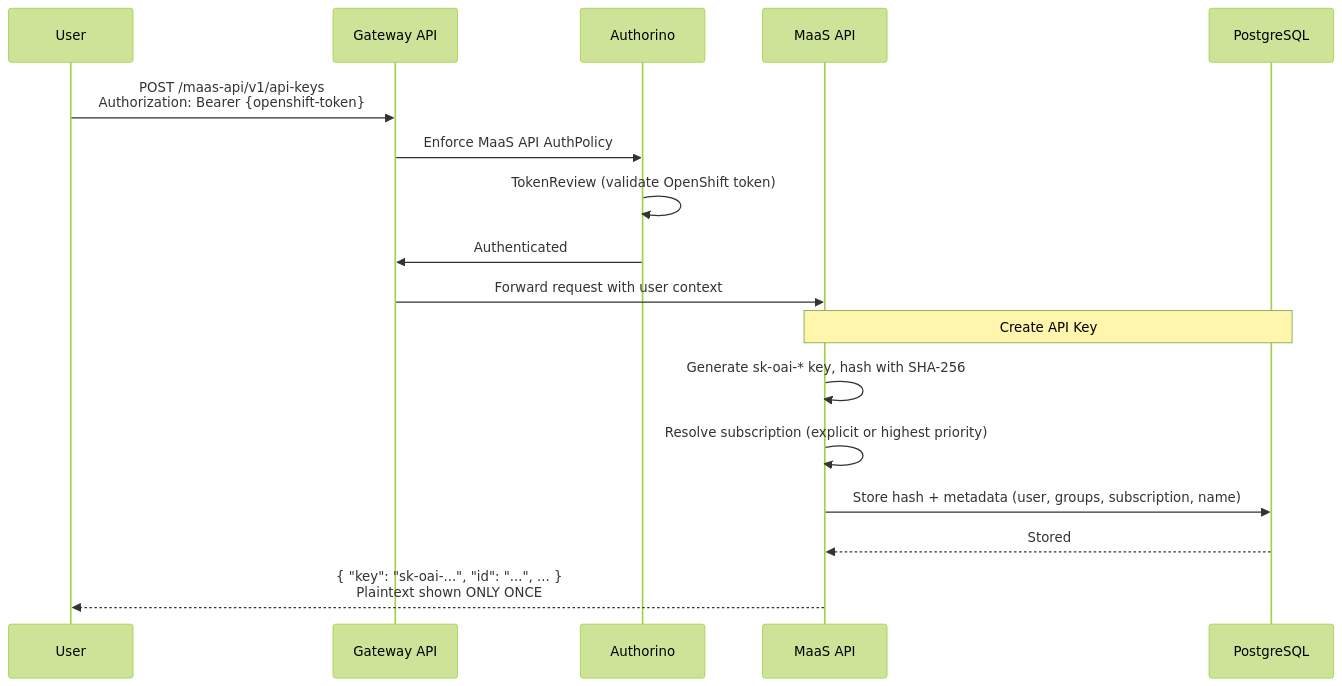
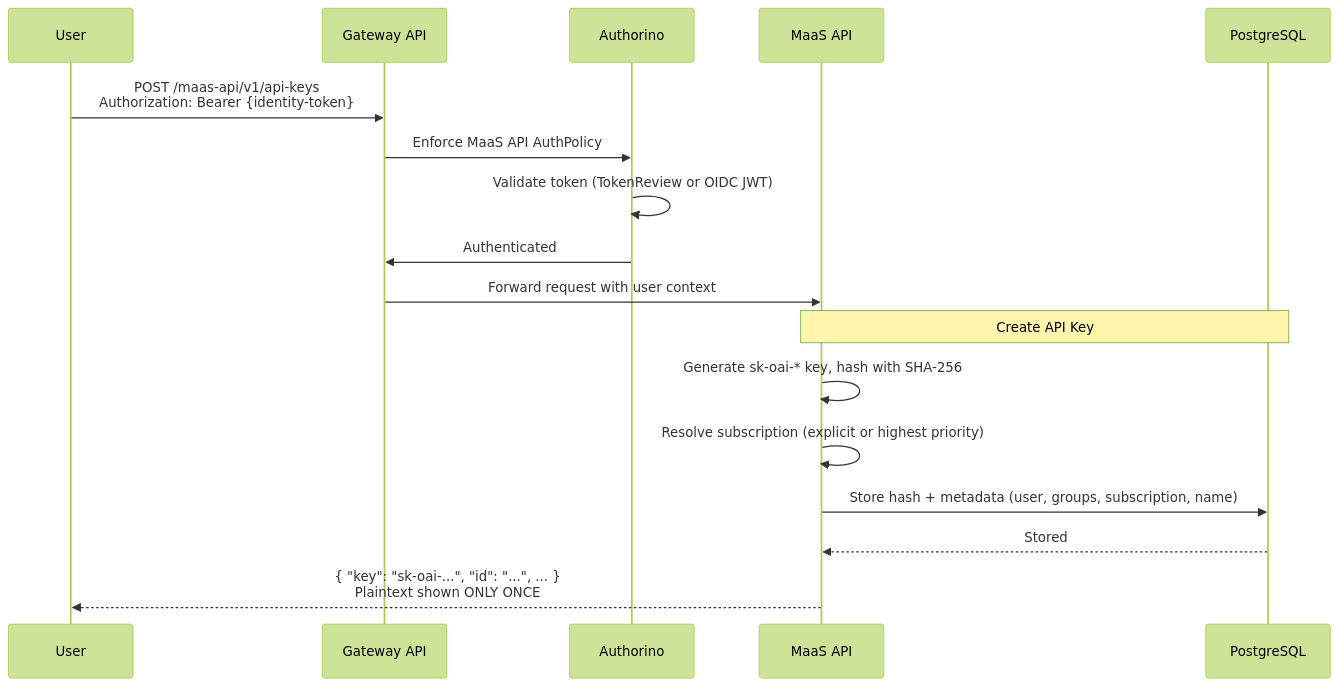
The seventh of 8 diagrams in docs/content/architecture.md (SB159/maas-billing), drawn with Mermaid (forest theme) before and after one commit. The commit also changed other lines of this file and 16 other files, not shown here.

First line of the commit message:
feat: integrating OIDC Authentication with maas API AuthPolicy (#598)

````diff
--- a/docs/content/architecture.md
+++ b/docs/content/architecture.md
@@ -293,22 +293,22 @@
 ```mermaid
 sequenceDiagram
     participant User
     participant Gateway as Gateway API
     participant Authorino
     participant MaaS as MaaS API
     participant DB as PostgreSQL
 
-    User->>Gateway: POST /maas-api/v1/api-keys<br/>Authorization: Bearer {openshift-token}
+    User->>Gateway: POST /maas-api/v1/api-keys<br/>Authorization: Bearer {identity-token}
     Gateway->>Authorino: Enforce MaaS API AuthPolicy
-    Authorino->>Authorino: TokenReview (validate OpenShift token)
+    Authorino->>Authorino: Validate token (TokenReview or OIDC JWT)
     Authorino->>Gateway: Authenticated
     Gateway->>MaaS: Forward request with user context
 
     Note over MaaS,DB: Create API Key
     MaaS->>MaaS: Generate sk-oai-* key, hash with SHA-256
     MaaS->>MaaS: Resolve subscription (explicit or highest priority)
     MaaS->>DB: Store hash + metadata (user, groups, subscription, name)
     DB-->>MaaS: Stored
 
     MaaS-->>User: { "key": "sk-oai-...", "id": "...", ... }<br/>Plaintext shown ONLY ONCE
 ```
````
